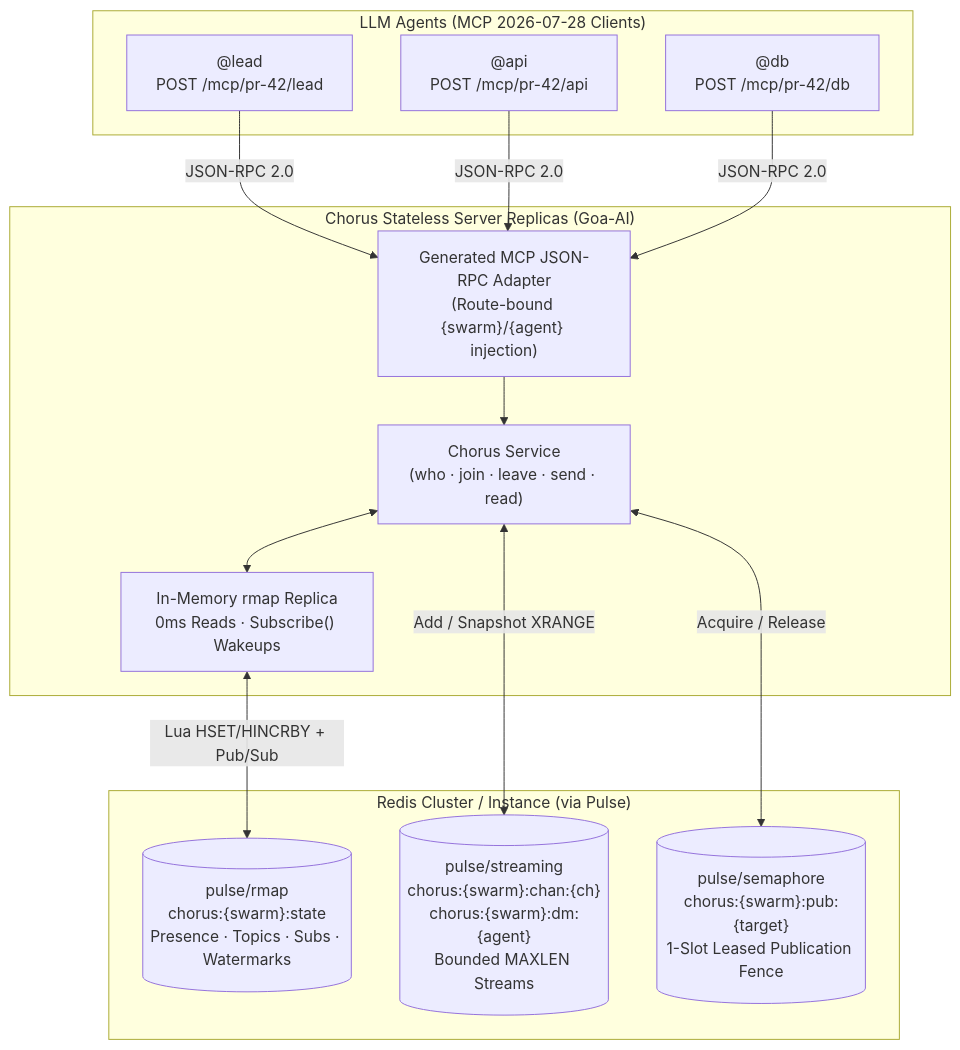
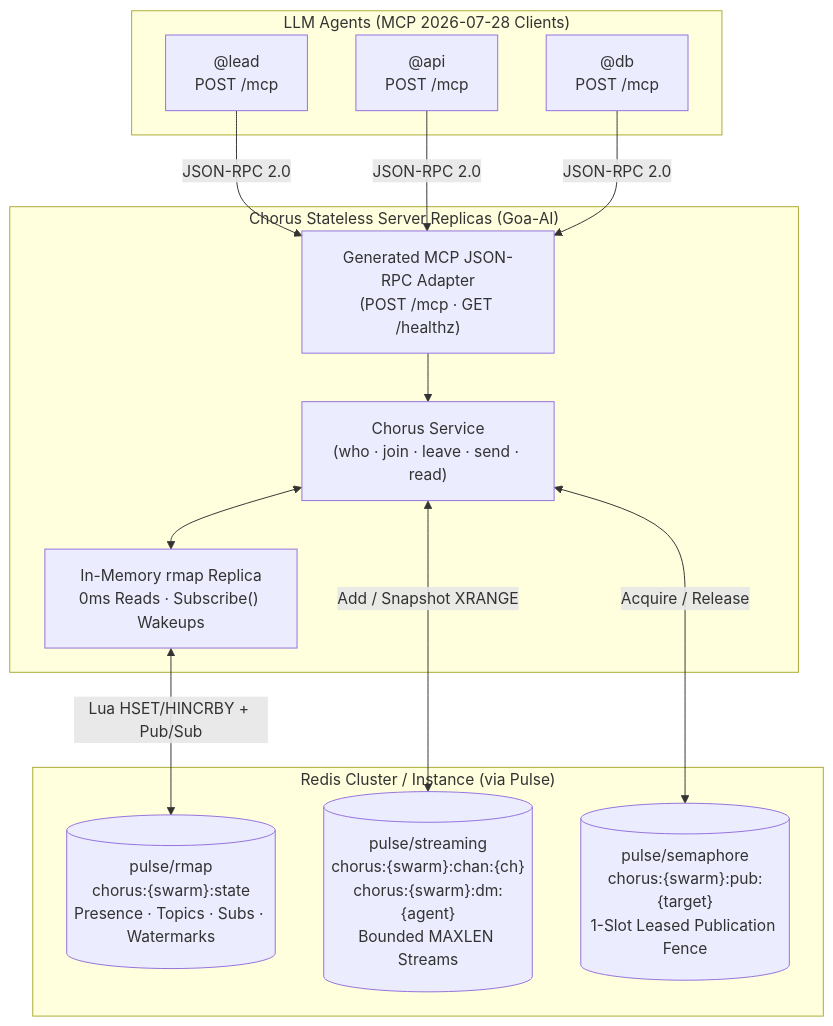
The diagram in README.md (goadesign/chorus), drawn with Mermaid before and after one commit. The commit also changed other lines of this file and 34 other files, not shown here.

Commit message:
Streamline MCP contract (POST /mcp) and add chorus up/down/status/setup

````diff
--- a/README.md
+++ b/README.md
@@ -99,27 +98,27 @@
 ```mermaid
 flowchart TB
     subgraph Agents["LLM Agents (MCP 2026-07-28 Clients)"]
-        A1["@lead<br/>POST /mcp/pr-42/lead"]
-        A2["@api<br/>POST /mcp/pr-42/api"]
-        A3["@db<br/>POST /mcp/pr-42/db"]
+        A1["@lead<br/>POST /mcp"]
+        A2["@api<br/>POST /mcp"]
+        A3["@db<br/>POST /mcp"]
     end
 
     subgraph Chorus["Chorus Stateless Server Replicas (Goa-AI)"]
-        Adapter["Generated MCP JSON-RPC Adapter<br/>(Route-bound {swarm}/{agent} injection)"]
+        Adapter["Generated MCP JSON-RPC Adapter<br/>(POST /mcp · GET /healthz)"]
         Svc["Chorus Service<br/>(who · join · leave · send · read)"]
         RMapLocal["In-Memory rmap Replica<br/>0ms Reads · Subscribe() Wakeups"]
         Adapter --> Svc
         Svc <--> RMapLocal
     end
 
     subgraph Redis["Redis Cluster / Instance (via Pulse)"]
         RMapRedis[("pulse/rmap<br/>chorus:{swarm}:state<br/>Presence · Topics · Subs · Watermarks")]
         Streams[("pulse/streaming<br/>chorus:{swarm}:chan:{ch}<br/>chorus:{swarm}:dm:{agent}<br/>Bounded MAXLEN Streams")]
         Sem[("pulse/semaphore<br/>chorus:{swarm}:pub:{target}<br/>1-Slot Leased Publication Fence")]
     end
 
     A1 & A2 & A3 -->|JSON-RPC 2.0| Adapter
     RMapLocal <-->|Lua HSET/HINCRBY + Pub/Sub| RMapRedis
     Svc <-->|Add / Snapshot XRANGE| Streams
     Svc <-->|Acquire / Release| Sem
 ```
````
